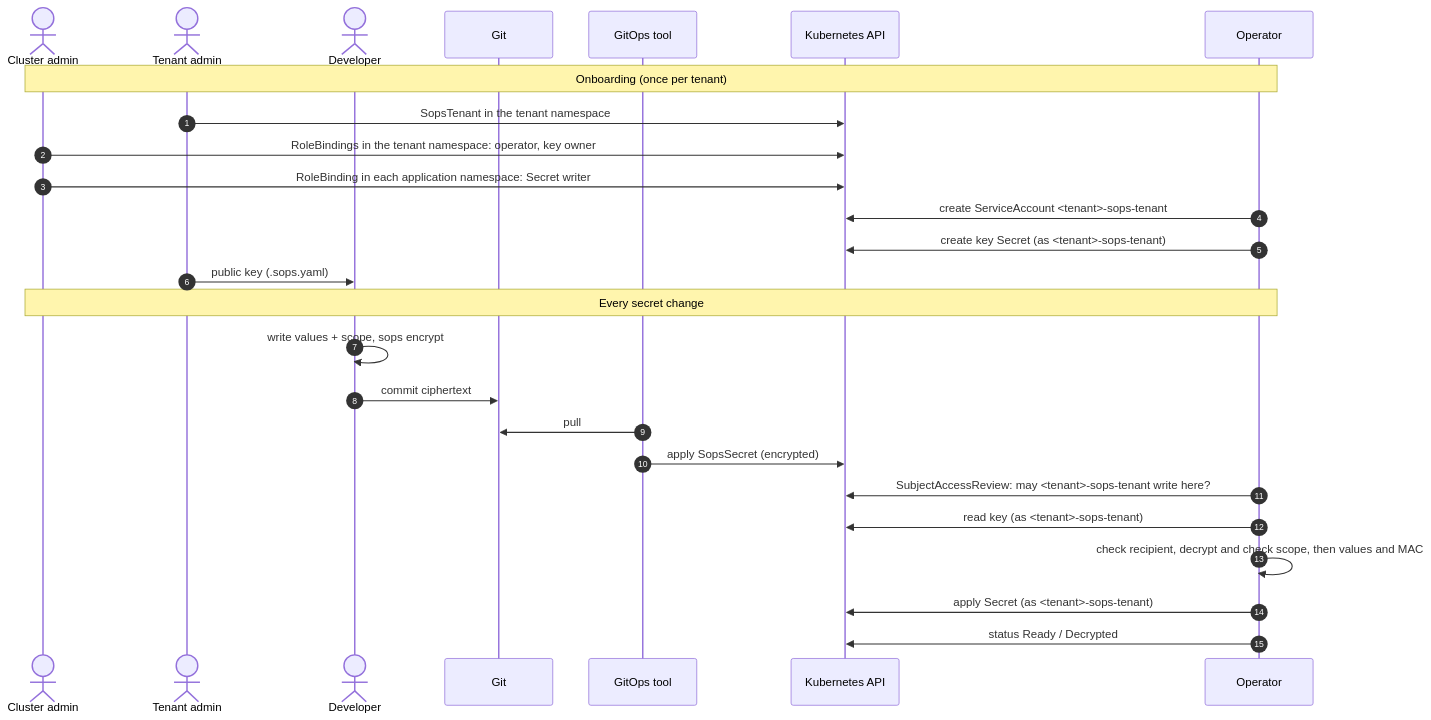
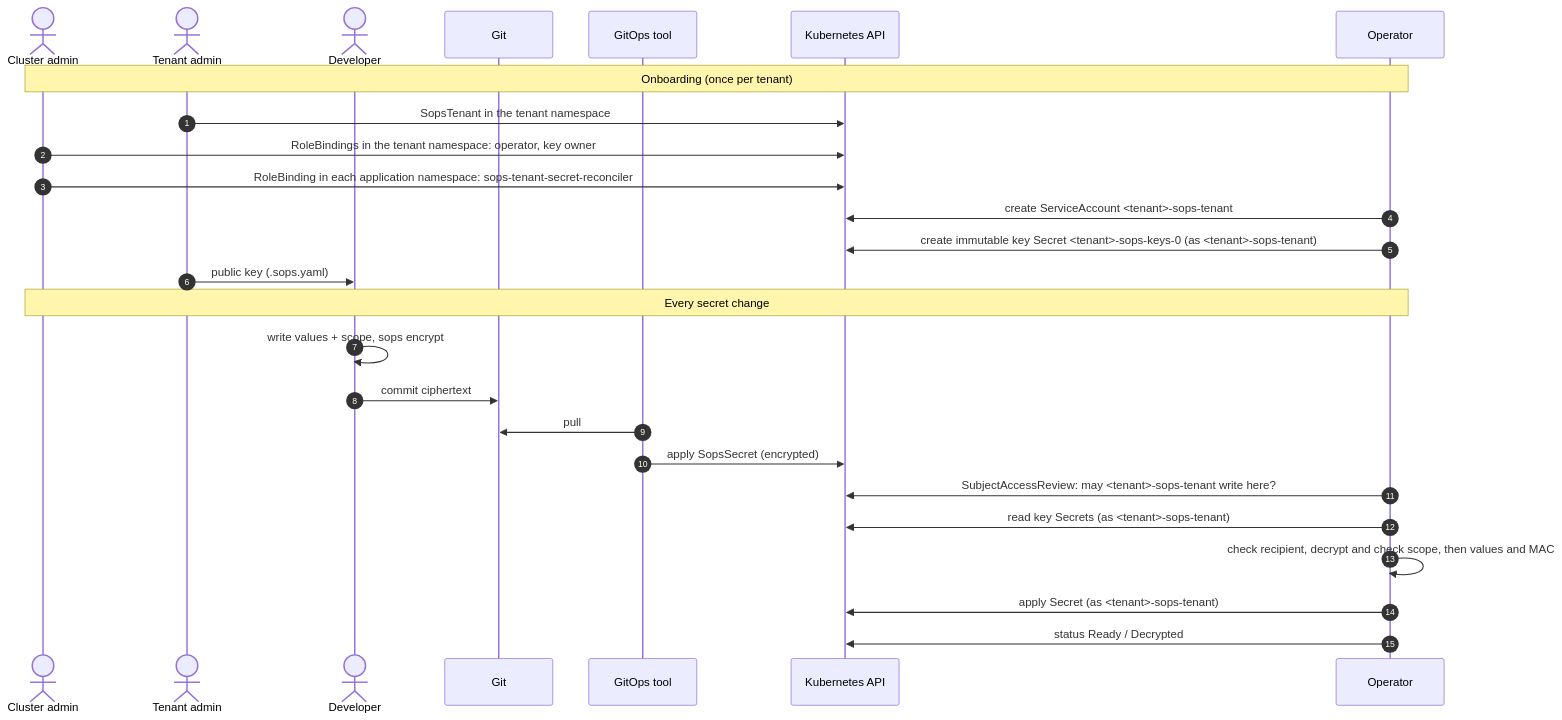
One commit to stakater/sops-operator changed the second of 3 diagrams in DESIGN.md. Above: the diagram before and after it, drawn with Mermaid. The commit also changed other lines of this file and 75 other files, not shown here.

First line of the commit message:
Derive all state from resources; immutable indexed tenant keys; release v0.0.5 (#19)

````diff
--- a/DESIGN.md
+++ b/DESIGN.md
@@ -183,30 +184,30 @@
 ```mermaid
 sequenceDiagram
     autonumber
     actor CA as Cluster admin
     actor TA as Tenant admin
     actor DEV as Developer
     participant GIT as Git
     participant GO as GitOps tool
     participant API as Kubernetes API
     participant OP as Operator
 
     Note over CA,OP: Onboarding (once per tenant)
     TA->>API: SopsTenant in the tenant namespace
     CA->>API: RoleBindings in the tenant namespace: operator, key owner
-    CA->>API: RoleBinding in each application namespace: Secret writer
+    CA->>API: RoleBinding in each application namespace: sops-tenant-secret-reconciler
     OP->>API: create ServiceAccount #lt;tenant#gt;-sops-tenant
-    OP->>API: create key Secret (as #lt;tenant#gt;-sops-tenant)
+    OP->>API: create immutable key Secret #lt;tenant#gt;-sops-keys-0 (as #lt;tenant#gt;-sops-tenant)
     TA->>DEV: public key (.sops.yaml)
 
     Note over CA,OP: Every secret change
     DEV->>DEV: write values + scope, sops encrypt
     DEV->>GIT: commit ciphertext
     GO->>GIT: pull
     GO->>API: apply SopsSecret (encrypted)
     OP->>API: SubjectAccessReview: may #lt;tenant#gt;-sops-tenant write here?
-    OP->>API: read key (as #lt;tenant#gt;-sops-tenant)
+    OP->>API: read key Secrets (as #lt;tenant#gt;-sops-tenant)
     OP->>OP: check recipient, decrypt and check scope, then values and MAC
     OP->>API: apply Secret (as #lt;tenant#gt;-sops-tenant)
     OP->>API: status Ready / Decrypted
 ```
````
